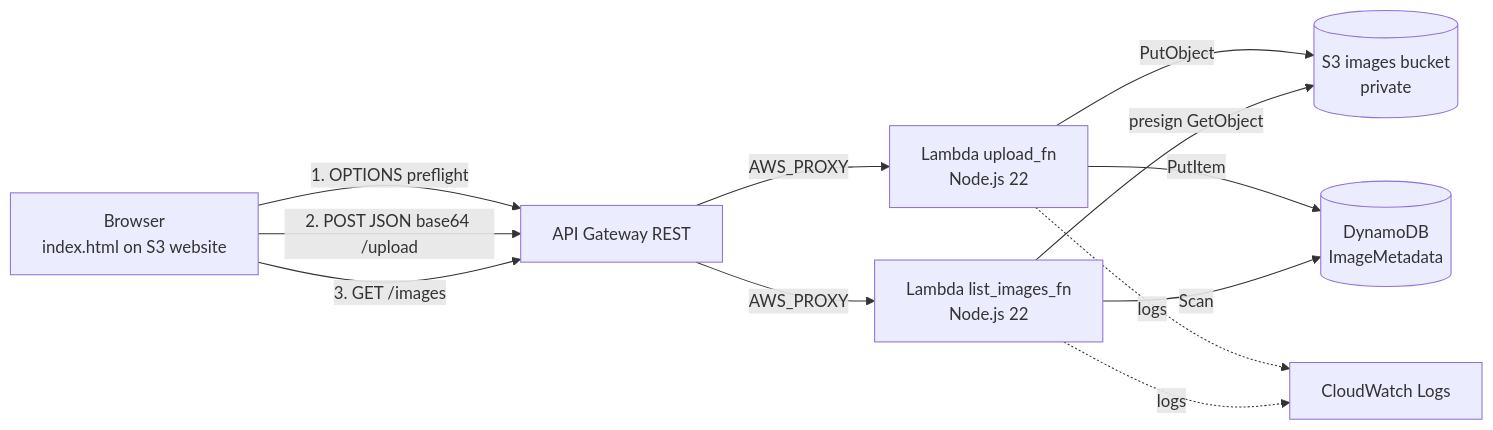
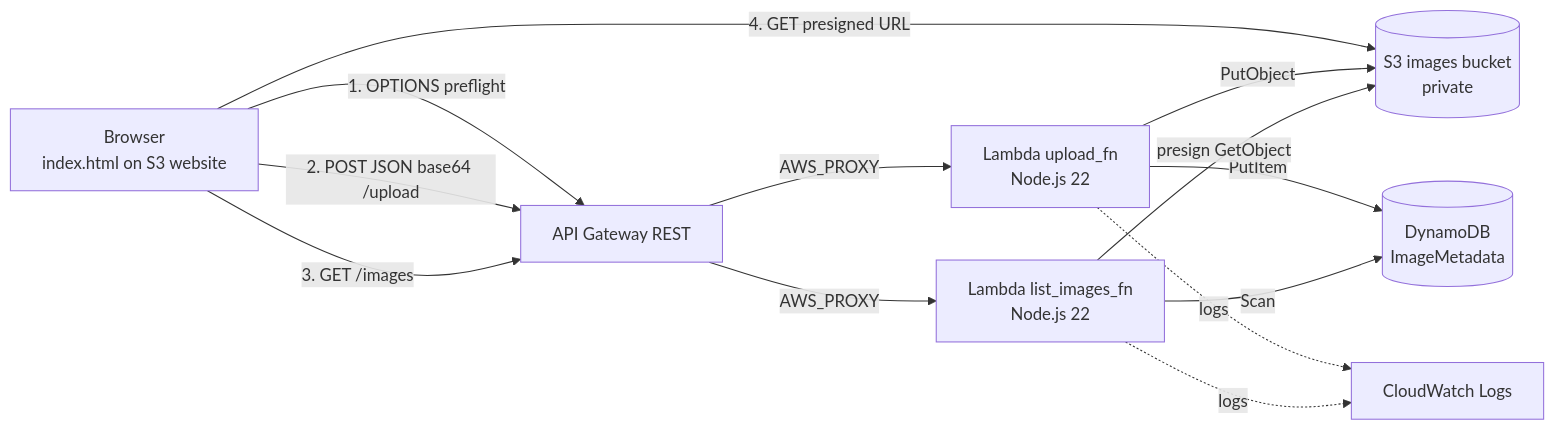
One commit to tvero1011/serverless-image-api changed the diagram in docs/architecture.md. Above: the diagram before and after it, drawn with Mermaid. The commit also changed other lines of this file and 5 other files, not shown here.

Commit message:
Add proof screenshots and update architecture diagram

````diff
--- a/docs/architecture.md
+++ b/docs/architecture.md
@@ -3,14 +3,15 @@
 ```mermaid
 flowchart LR
   B[Browser<br/>index.html on S3 website] -->|1. OPTIONS preflight| A[API Gateway REST]
   B -->|2. POST JSON base64 /upload| A
   B -->|3. GET /images| A
+  B -->|4. GET presigned URL| S
   A -->|AWS_PROXY| L[Lambda upload_fn<br/>Node.js 22]
   A -->|AWS_PROXY| G[Lambda list_images_fn<br/>Node.js 22]
   L -->|PutObject| S[(S3 images bucket<br/>private)]
   L -->|PutItem| D[(DynamoDB<br/>ImageMetadata)]
   G -->|Scan| D
   G -->|presign GetObject| S
   L -.->|logs| C[CloudWatch Logs]
   G -.->|logs| C
 ```
````
